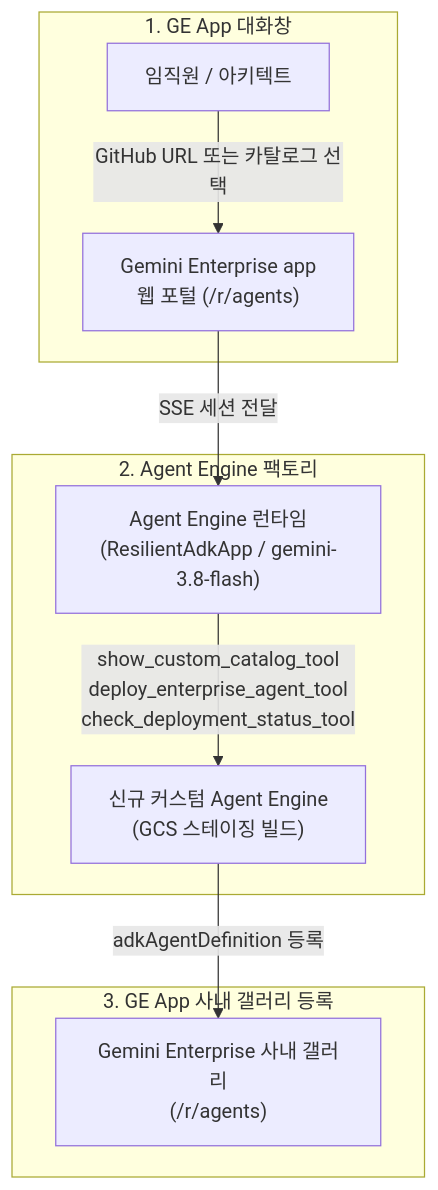
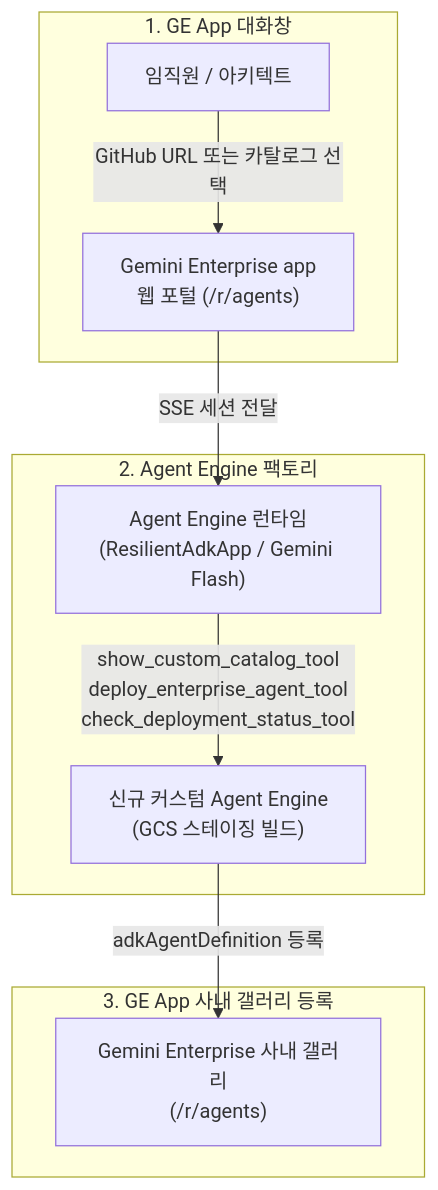
One commit to jiangjun-forge/google-cloud-0-to-1 changed the diagram in samples/gemini-enterprise-factory-custom/README.md. Above: the diagram before and after it, drawn with Mermaid. The commit also changed other lines of this file and 229 other files, not shown here.

````diff
--- a/samples/gemini-enterprise-factory-custom/README.md
+++ b/samples/gemini-enterprise-factory-custom/README.md
@@ -81,15 +81,15 @@
 ```mermaid
 flowchart TB
     subgraph L1["1. GE App 대화창"]
         User["임직원 / 아키텍트"] -->|"GitHub URL 또는 카탈로그 선택"| GEApp["Gemini Enterprise app<br/>웹 포털 (/r/agents)"]
     end
 
     subgraph L2["2. Agent Engine 팩토리"]
-        GEApp -->|"SSE 세션 전달"| Engine["Agent Engine 런타임<br/>(ResilientAdkApp / gemini-3.8-flash)"]
+        GEApp -->|"SSE 세션 전달"| Engine["Agent Engine 런타임<br/>(ResilientAdkApp / Gemini Flash)"]
         Engine -->|"show_custom_catalog_tool<br/>deploy_enterprise_agent_tool<br/>check_deployment_status_tool"| RE["신규 커스텀 Agent Engine<br/>(GCS 스테이징 빌드)"]
     end
 
     subgraph L3["3. GE App 사내 갤러리 등록"]
         RE -->|"adkAgentDefinition 등록"| DiscEng["Gemini Enterprise 사내 갤러리<br/>(/r/agents)"]
     end
 ```
````
